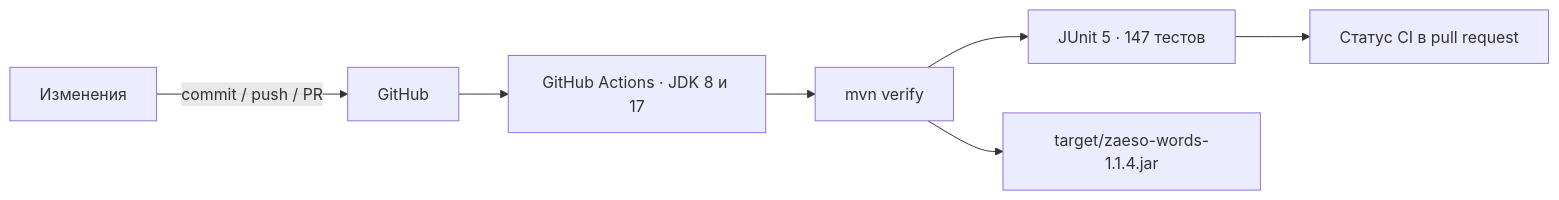
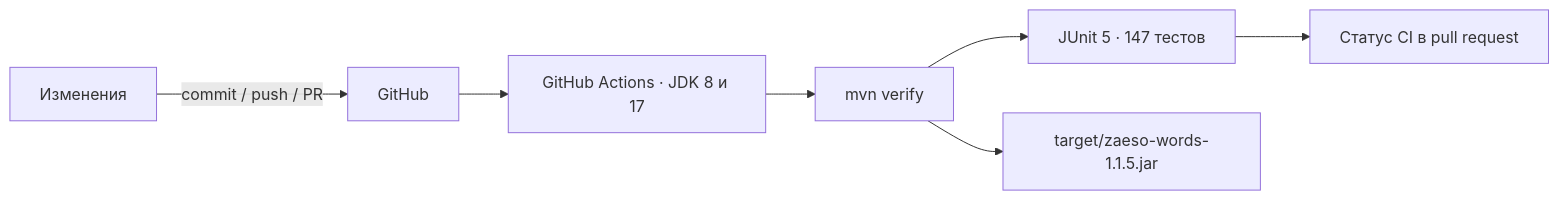
The third of 4 diagrams in zaeso-Words-Roadmap.md (zaeso/zaeso-Words), drawn with Mermaid before and after one commit. The commit also changed other lines of this file and 5 other files, not shown here.

````diff
--- a/zaeso-Words-Roadmap.md
+++ b/zaeso-Words-Roadmap.md
@@ -311,9 +310,9 @@
 ```mermaid
 flowchart LR
     DEV["Изменения"] -->|"commit / push / PR"| GH["GitHub"]
     GH --> CI["GitHub Actions · JDK 8 и 17"]
     CI --> MVN["mvn verify"]
     MVN --> TESTS["JUnit 5 · 147 тестов"]
-    MVN --> JAR["target/zaeso-words-1.1.4.jar"]
+    MVN --> JAR["target/zaeso-words-1.1.5.jar"]
     TESTS --> STATUS["Статус CI в pull request"]
 ```
````
